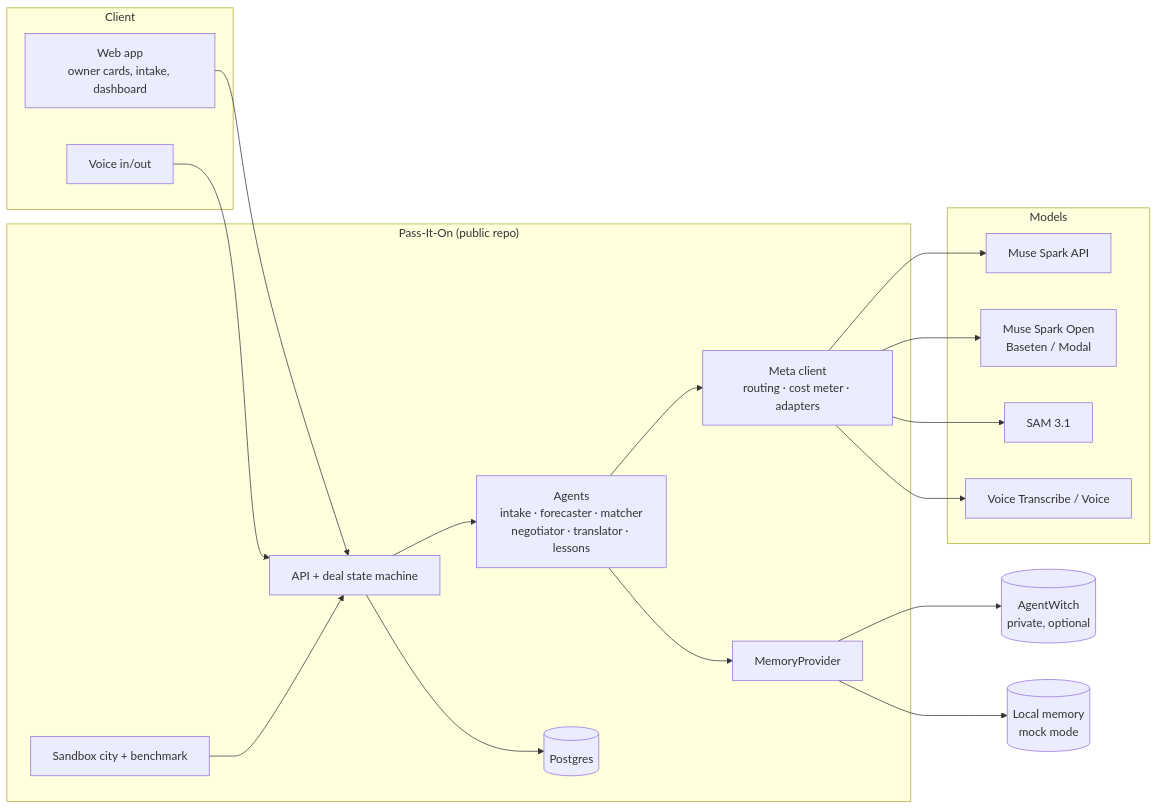
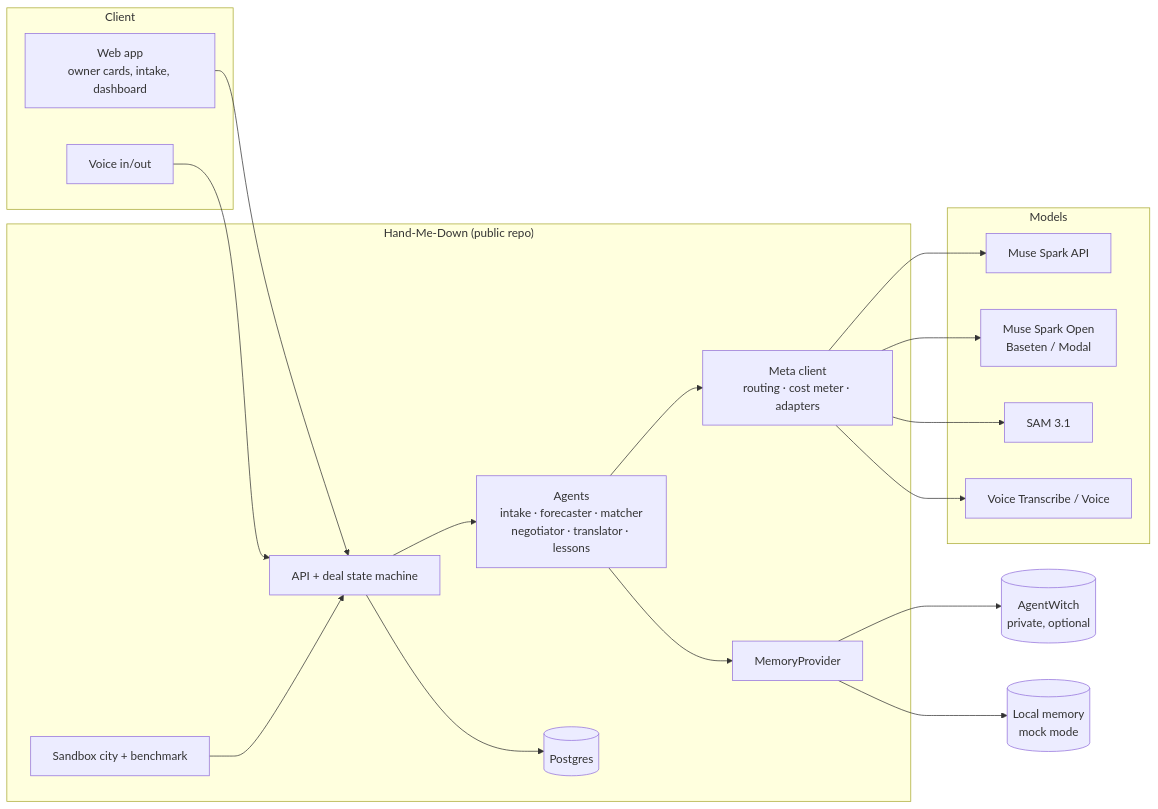
Before and after one commit to thiennp/agora: the diagram in docs/ARCHITECTURE.md, drawn with Mermaid. The commit also changed other lines of this file and 3 other files, not shown here.

Commit message:
chore: rename project to Hand-Me-Down

````diff
--- a/docs/ARCHITECTURE.md
+++ b/docs/ARCHITECTURE.md
@@ -21,36 +21,36 @@
 ```mermaid
 flowchart LR
   subgraph Client
     UI[Web app\nowner cards, intake, dashboard]
     VOICE[Voice in/out]
   end
-  subgraph Platform["Pass-It-On (public repo)"]
+  subgraph Platform["Hand-Me-Down (public repo)"]
     API[API + deal state machine]
     AG[Agents\nintake · forecaster · matcher\nnegotiator · translator · lessons]
     META[Meta client\nrouting · cost meter · adapters]
     MEM[MemoryProvider]
     DB[(Postgres)]
     SIM[Sandbox city + benchmark]
   end
   subgraph Models
     SPARK[Muse Spark API]
     OPEN[Muse Spark Open\nBaseten / Modal]
     SAM[SAM 3.1]
     VT[Voice Transcribe / Voice]
   end
   AW[(AgentWitch\nprivate, optional)]
   LOCAL[(Local memory\nmock mode)]
 
   UI --> API
   VOICE --> API
   API --> AG --> META
   META --> SPARK
   META --> OPEN
   META --> SAM
   META --> VT
   API --> DB
   AG --> MEM
   MEM --> AW
   MEM --> LOCAL
   SIM --> API
 ```
````
